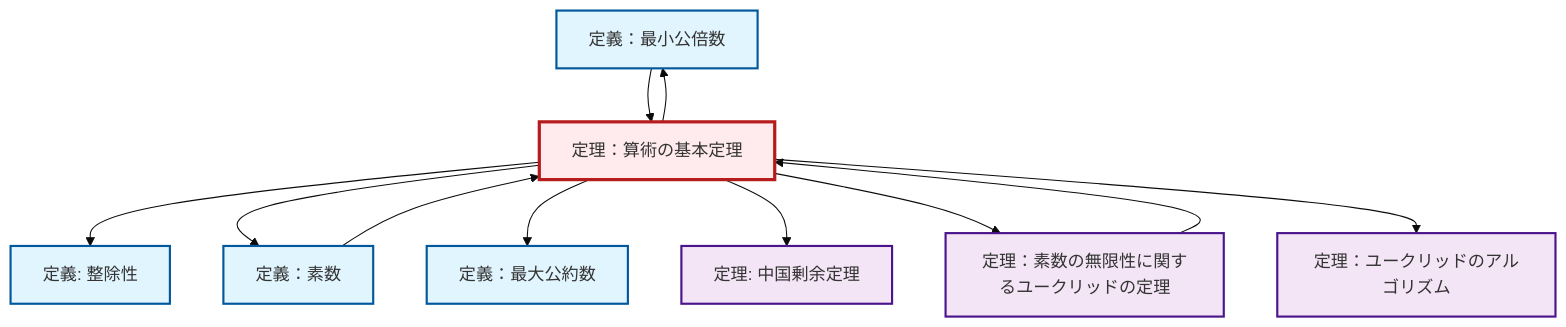
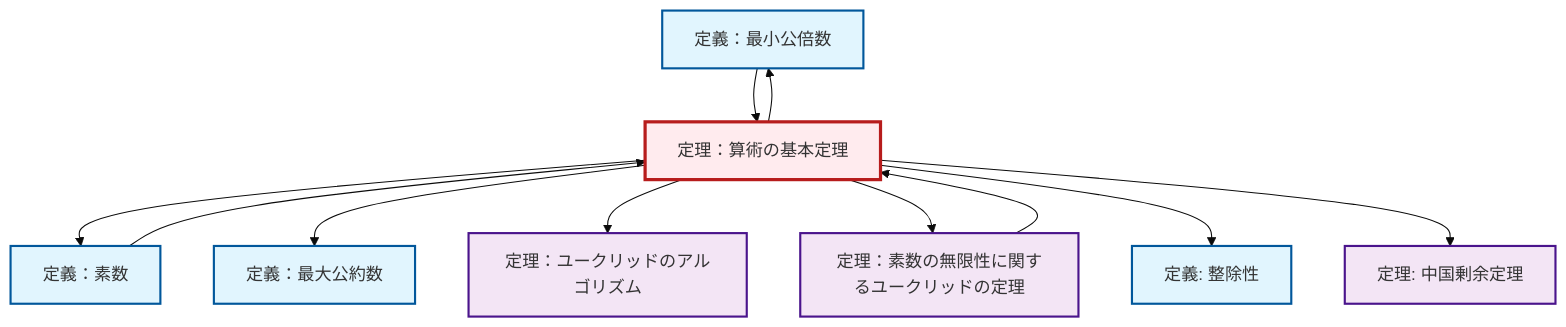
Before and after one commit to RK0429/ModernMath: the diagram in content/ja/number-theory/thm-fundamental-arithmetic.qmd, drawn with Mermaid (base theme). The commit also changed 672 other files, not shown here.

````diff
--- a/content/ja/number-theory/thm-fundamental-arithmetic.qmd
+++ b/content/ja/number-theory/thm-fundamental-arithmetic.qmd
@@ -73,35 +73,35 @@
 ```{mermaid}
-%%| fig-cap: "Local dependency graph"
+%%| fig-cap: "ローカル依存関係グラフ"
 graph TD
     classDef definition fill:#e1f5fe,stroke:#01579b,stroke-width:2px
     classDef theorem fill:#f3e5f5,stroke:#4a148c,stroke-width:2px
     classDef axiom fill:#fff3e0,stroke:#e65100,stroke-width:2px
     classDef example fill:#e8f5e9,stroke:#1b5e20,stroke-width:2px
     classDef current fill:#ffebee,stroke:#b71c1c,stroke-width:3px
+    thm-euclidean-algorithm["定理：ユークリッドのアルゴリズム"]:::theorem
+    def-lcm["定義：最小公倍数"]:::definition
     def-gcd["定義：最大公約数"]:::definition
+    thm-euclid-infinitude-primes["定理：素数の無限性に関するユークリッドの定理"]:::theorem
+    def-prime["定義：素数"]:::definition
+    thm-fundamental-arithmetic["定理：算術の基本定理"]:::theorem
     thm-chinese-remainder["定理: 中国剰余定理"]:::theorem
-    def-lcm["定義：最小公倍数"]:::definition
-    thm-fundamental-arithmetic["定理：算術の基本定理"]:::theorem
     def-divisibility["定義: 整除性"]:::definition
-    thm-euclid-infinitude-primes["定理：素数の無限性に関するユークリッドの定理"]:::theorem
-    thm-euclidean-algorithm["定理：ユークリッドのアルゴリズム"]:::theorem
-    def-prime["定義：素数"]:::definition
+    thm-euclid-infinitude-primes --> thm-fundamental-arithmetic
+    thm-fundamental-arithmetic --> def-prime
+    thm-fundamental-arithmetic --> def-lcm
+    thm-fundamental-arithmetic --> def-gcd
+    def-prime --> thm-fundamental-arithmetic
+    thm-fundamental-arithmetic --> thm-euclidean-algorithm
+    thm-fundamental-arithmetic --> thm-euclid-infinitude-primes
+    def-lcm --> thm-fundamental-arithmetic
     thm-fundamental-arithmetic --> def-divisibility
-    def-lcm --> thm-fundamental-arithmetic
-    thm-fundamental-arithmetic --> def-prime
-    thm-fundamental-arithmetic --> def-gcd
     thm-fundamental-arithmetic --> thm-chinese-remainder
-    thm-fundamental-arithmetic --> def-lcm
-    def-prime --> thm-fundamental-arithmetic
-    thm-fundamental-arithmetic --> thm-euclid-infinitude-primes
-    thm-euclid-infinitude-primes --> thm-fundamental-arithmetic
-    thm-fundamental-arithmetic --> thm-euclidean-algorithm
     class thm-fundamental-arithmetic current
+    click thm-euclidean-algorithm "thm-euclidean-algorithm.html" "定理：ユークリッドのアルゴリズムへ"
+    click def-lcm "def-lcm.html" "定義：最小公倍数へ"
     click def-gcd "def-gcd.html" "定義：最大公約数へ"
+    click thm-euclid-infinitude-primes "thm-euclid-infinitude-primes.html" "定理：素数の無限性に関するユークリッドの定理へ"
+    click def-prime "def-prime.html" "定義：素数へ"
     click thm-chinese-remainder "thm-chinese-remainder.html" "中国剰余定理の定理へ"
-    click def-lcm "def-lcm.html" "定義：最小公倍数へ"
     click def-divisibility "def-divisibility.html" "整除性の定義へ"
-    click thm-euclid-infinitude-primes "thm-euclid-infinitude-primes.html" "定理：素数の無限性に関するユークリッドの定理へ"
-    click thm-euclidean-algorithm "thm-euclidean-algorithm.html" "定理：ユークリッドのアルゴリズムへ"
-    click def-prime "def-prime.html" "定義：素数へ"
 ```
````
